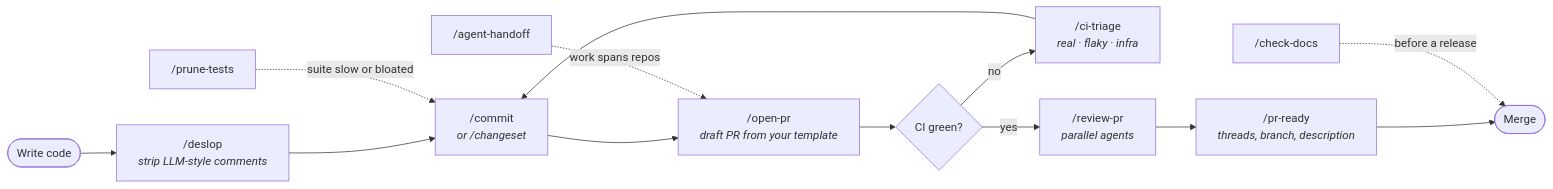
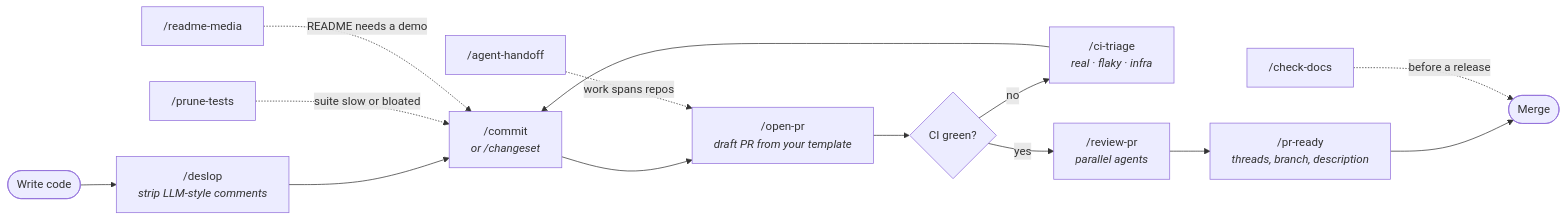
One commit to jmlweb/skills-monorepo changed the diagram in plugins/dev-workflow/README.md. Above: the diagram before and after it, drawn with Mermaid. The commit also changed other lines of this file and 23 other files, not shown here.

````diff
--- a/plugins/dev-workflow/README.md
+++ b/plugins/dev-workflow/README.md
@@ -18,15 +18,16 @@
 ```mermaid
 flowchart LR
     W([Write code]) --> DS["/deslop<br/><i>strip LLM-style comments</i>"]
     DS --> CM["/commit<br/><i>or /changeset</i>"]
     CM --> OP["/open-pr<br/><i>draft PR from your template</i>"]
     OP --> CI{CI green?}
     CI -- "no" --> TR["/ci-triage<br/><i>real · flaky · infra</i>"]
     TR --> CM
     CI -- "yes" --> RV["/review-pr<br/><i>parallel agents</i>"]
     RV --> PR["/pr-ready<br/><i>threads, branch, description</i>"]
     PR --> M([Merge])
     DOC["/check-docs"] -. "before a release" .-> M
     HO["/agent-handoff"] -. "work spans repos" .-> OP
     PT["/prune-tests"] -. "suite slow or bloated" .-> CM
+    RM["/readme-media"] -. "README needs a demo" .-> CM
 ```
````
